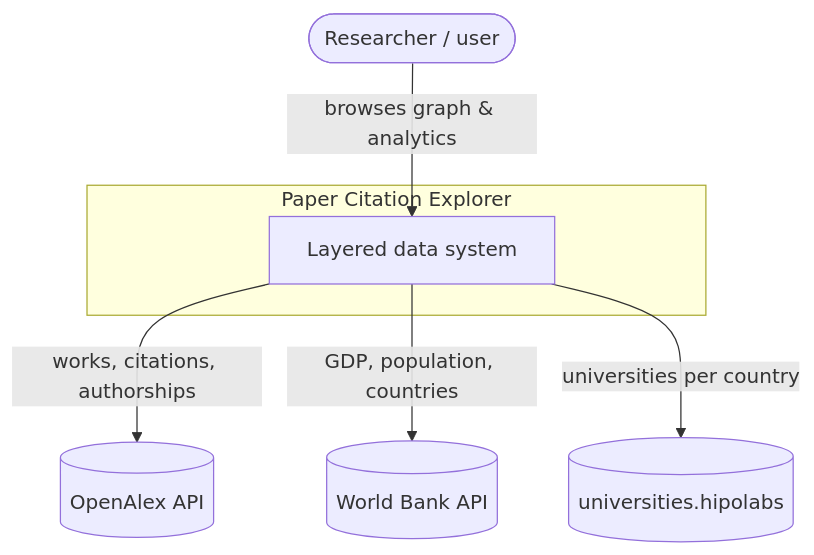
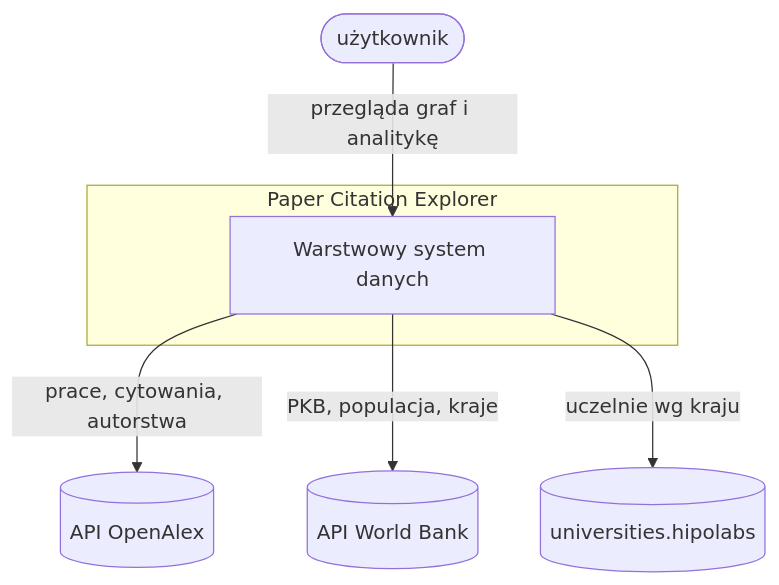
The first of 4 diagrams in docs/ARCHITECTURE.md (wojciech-baraniak05/Scientific-Papers-Graphed), drawn with Mermaid before and after one commit. The commit also changed other lines of this file and 10 other files, not shown here.

````diff
--- a/docs/ARCHITECTURE.md
+++ b/docs/ARCHITECTURE.md
@@ -35,15 +26,15 @@
 ```mermaid
 flowchart TB
-    user([Researcher / user])
+    user([użytkownik])
     subgraph system[Paper Citation Explorer]
-        app[Layered data system]
+        app[Warstwowy system danych]
     end
-    openalex[(OpenAlex API)]
-    worldbank[(World Bank API)]
+    openalex[(API OpenAlex)]
+    worldbank[(API World Bank)]
     hipolabs[(universities.hipolabs)]
 
-    user -->|browses graph & analytics| app
-    app -->|works, citations, authorships| openalex
-    app -->|GDP, population, countries| worldbank
-    app -->|universities per country| hipolabs
+    user -->|przegląda graf i analitykę| app
+    app -->|prace, cytowania, autorstwa| openalex
+    app -->|PKB, populacja, kraje| worldbank
+    app -->|uczelnie wg kraju| hipolabs
 ```
````
